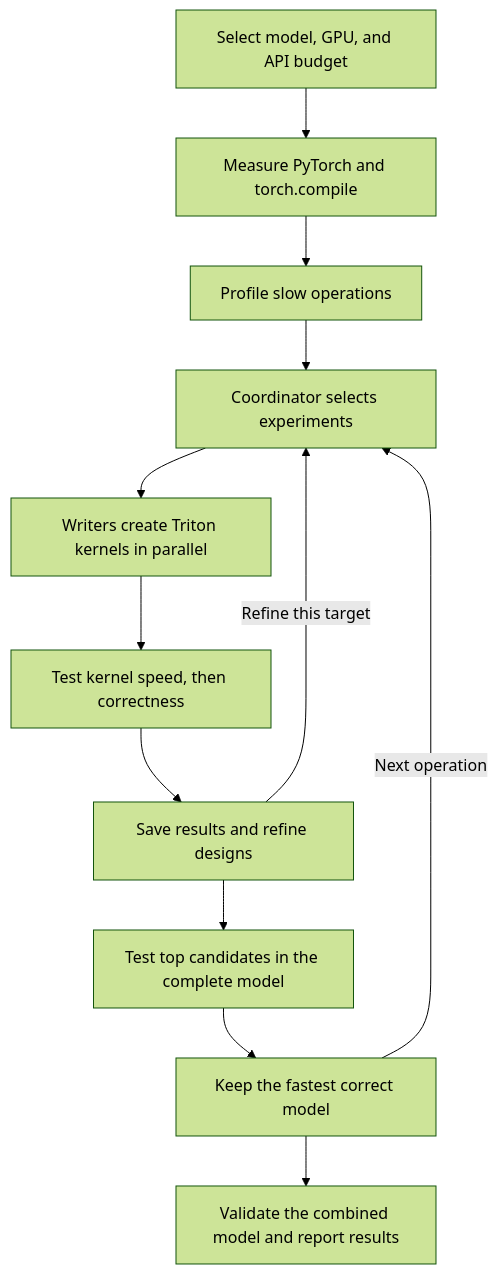
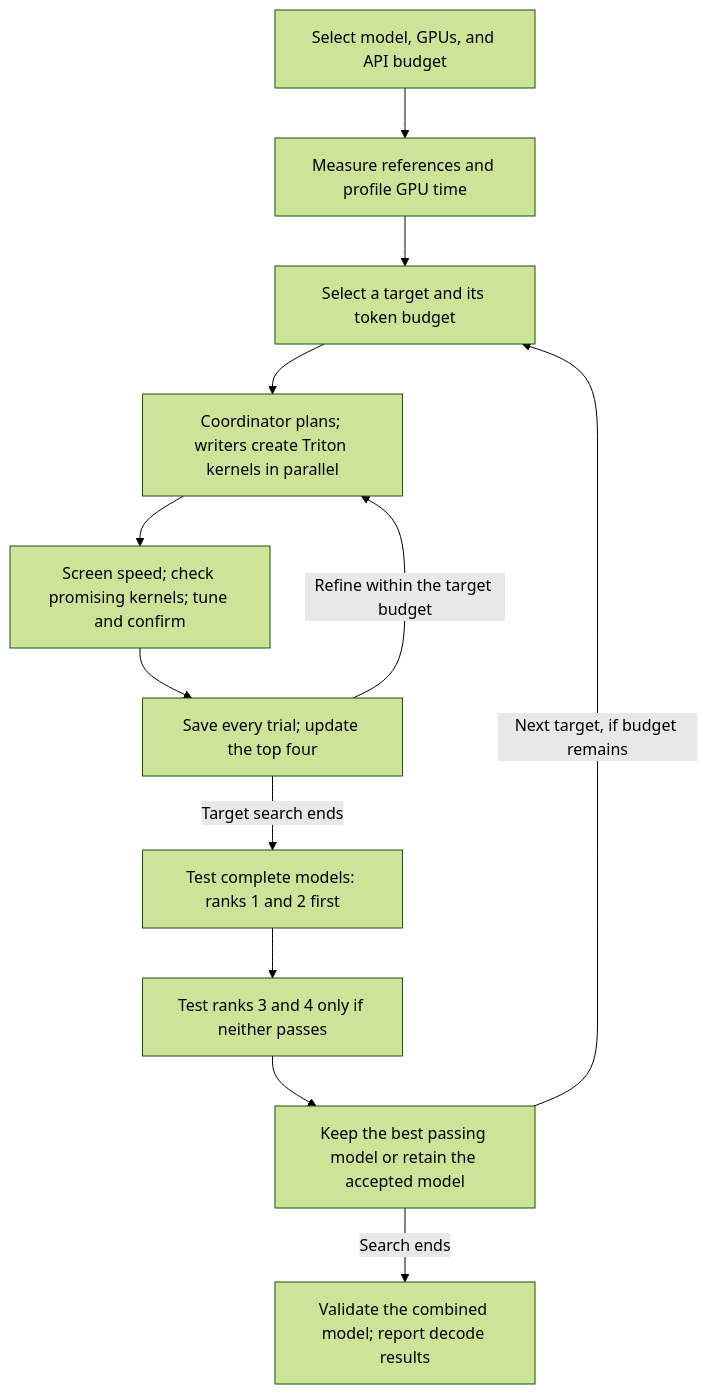
Before and after one commit to hdnguyen1802/swarm-agent-kernel-optimization: the diagram in README.md, drawn with Mermaid (forest theme). The commit also changed other lines of this file and 14 other files, not shown here.

````diff
--- a/README.md
+++ b/README.md
@@ -27,14 +27,14 @@
 ```mermaid
 flowchart TD
-    A[Select model, GPU, and API budget] --> B[Measure PyTorch and torch.compile]
-    B --> C[Profile slow operations]
-    C --> D[Coordinator selects experiments]
-    D --> E[Writers create Triton kernels in parallel]
-    E --> F[Test kernel speed, then correctness]
-    F --> G[Save results and refine designs]
-    G -->|Refine this target| D
-    G --> H[Test top candidates in the complete model]
-    H --> I[Keep the fastest correct model]
-    I -->|Next operation| D
-    I --> J[Validate the combined model and report results]
+    A[Select model, GPUs, and API budget] --> B[Measure references and profile GPU time]
+    B --> C[Select a target and its token budget]
+    C --> D[Coordinator plans; writers create Triton kernels in parallel]
+    D --> E[Screen speed; check promising kernels; tune and confirm]
+    E --> F[Save every trial; update the top four]
+    F -->|Refine within the target budget| D
+    F -->|Target search ends| G[Test complete models: ranks 1 and 2 first]
+    G --> H[Test ranks 3 and 4 only if neither passes]
+    H --> I[Keep the best passing model or retain the accepted model]
+    I -->|Next target, if budget remains| C
+    I -->|Search ends| J[Validate the combined model; report decode results]
 ```
````
